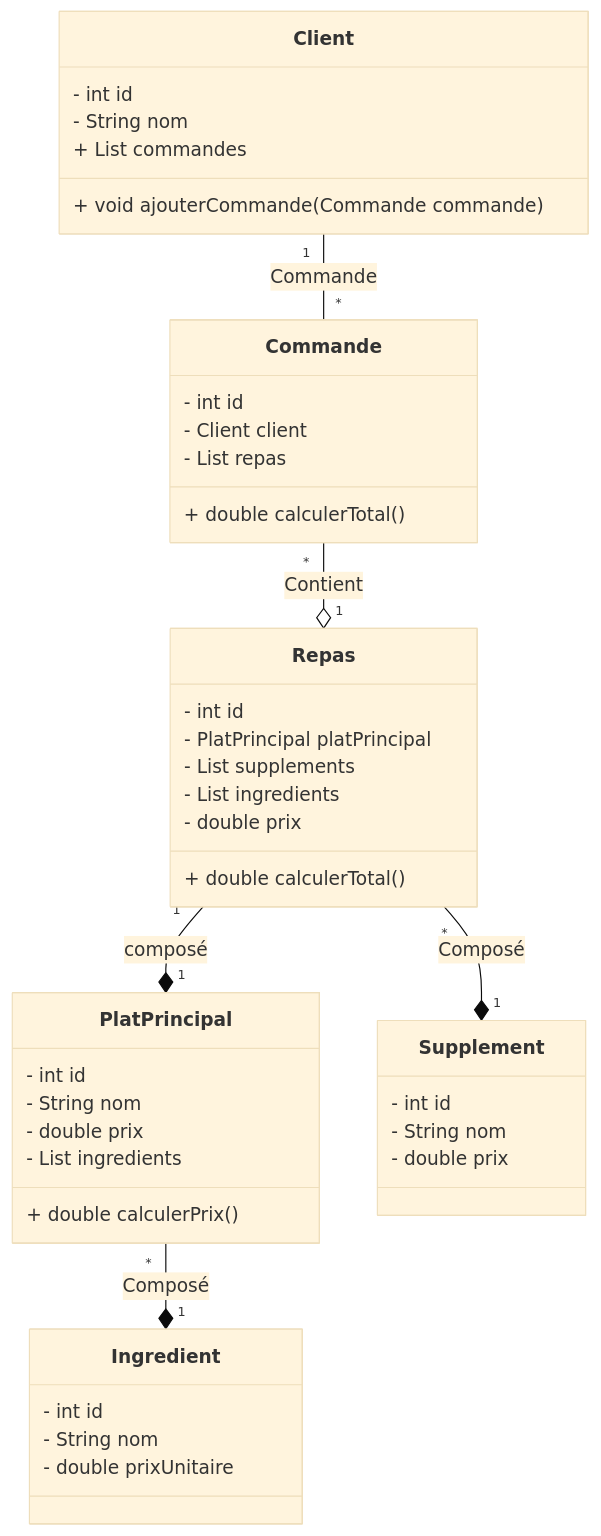
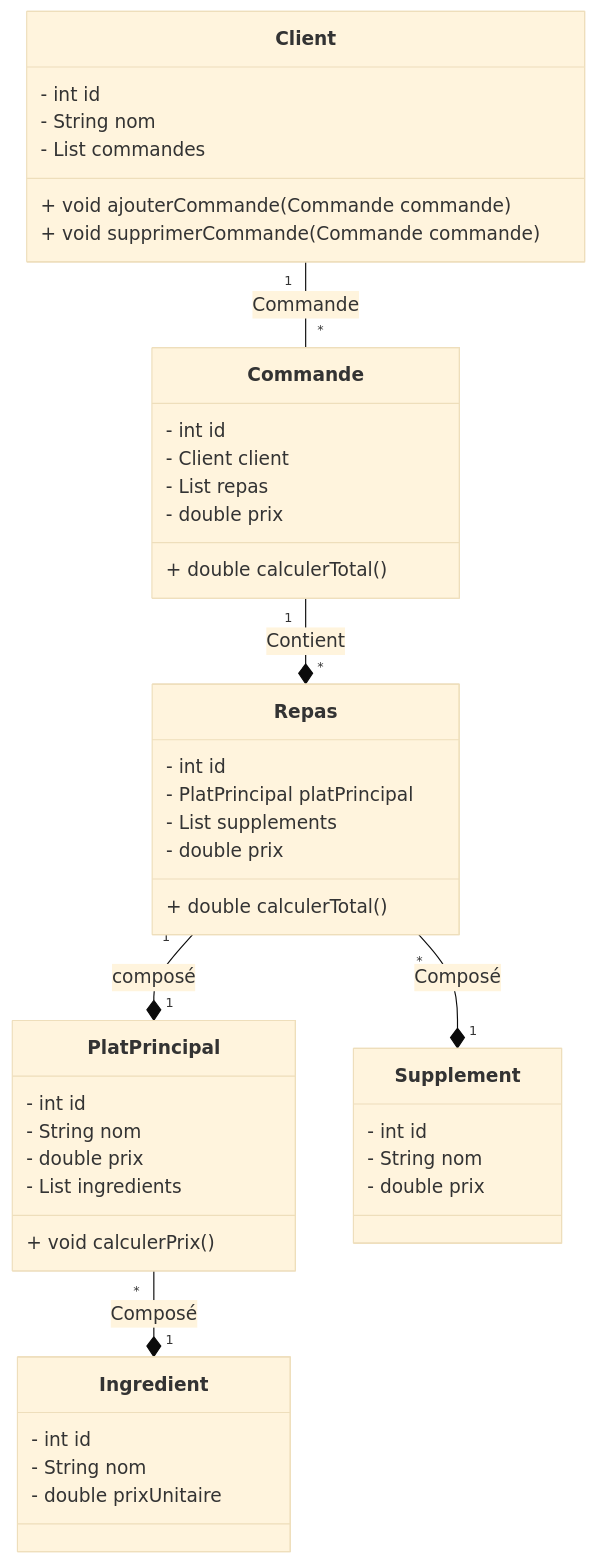
Before and after one commit to YahyaGhallali/Examen-Java-2425: the first of 2 diagrams in README.md, drawn with Mermaid (base theme). The commit also changed other lines of this file and 5 other files, not shown here.

````diff
--- a/README.md
+++ b/README.md
@@ -6,51 +6,53 @@
 ```mermaid
 classDiagram
     class Client {
         - int id
         - String nom
-        + List<Commande> commandes
+        - List<Commande> commandes
         + void ajouterCommande(Commande commande)
+        + void supprimerCommande(Commande commande)
     }
 
     class PlatPrincipal {
         - int id
         - String nom
         - double prix
         - List<Ingredient> ingredients
-        + double calculerPrix()
+        + void calculerPrix()
     }
 
     class Ingredient {
         - int id
         - String nom
         - double prixUnitaire
     }
 
     class Supplement {
         - int id
         - String nom
         - double prix
     }
 
     class Repas {
         - int id
         - PlatPrincipal platPrincipal
         - List<Supplement> supplements
-        - List<Ingredient> ingredients
+%%        - List<Ingredient> ingredients
         - double prix
         + double calculerTotal()
     }
 
     class Commande {
         - int id
         - Client client
         - List<Repas> repas
+        - double prix
         + double calculerTotal()
     }
 
     Client "1" -- "*" Commande: Commande
-    Commande "*" --o "1" Repas: Contient
+    Commande "1" --* "*" Repas: Contient
     PlatPrincipal "*" --* "1" Ingredient: Composé
     Repas "1" --* "1" PlatPrincipal: composé
     Repas "*" --* "1" Supplement: Composé
 ```
````
